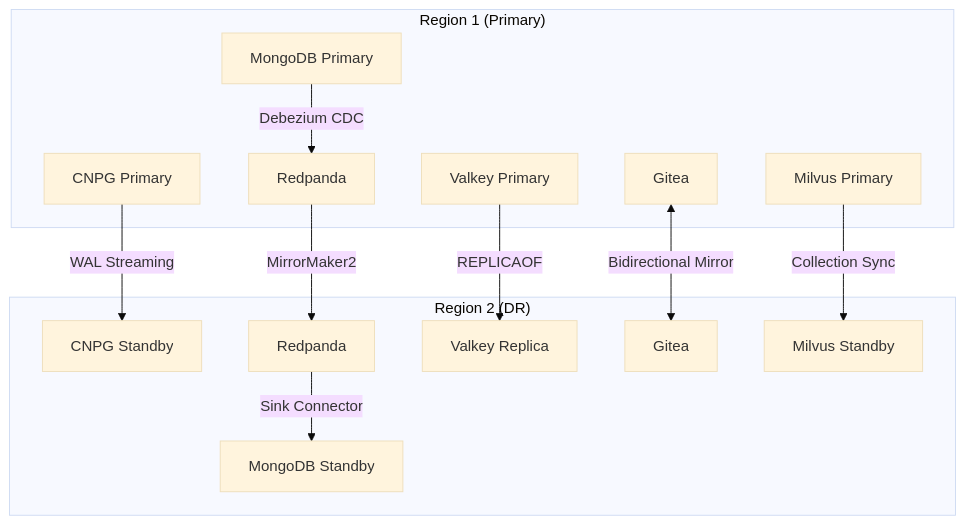
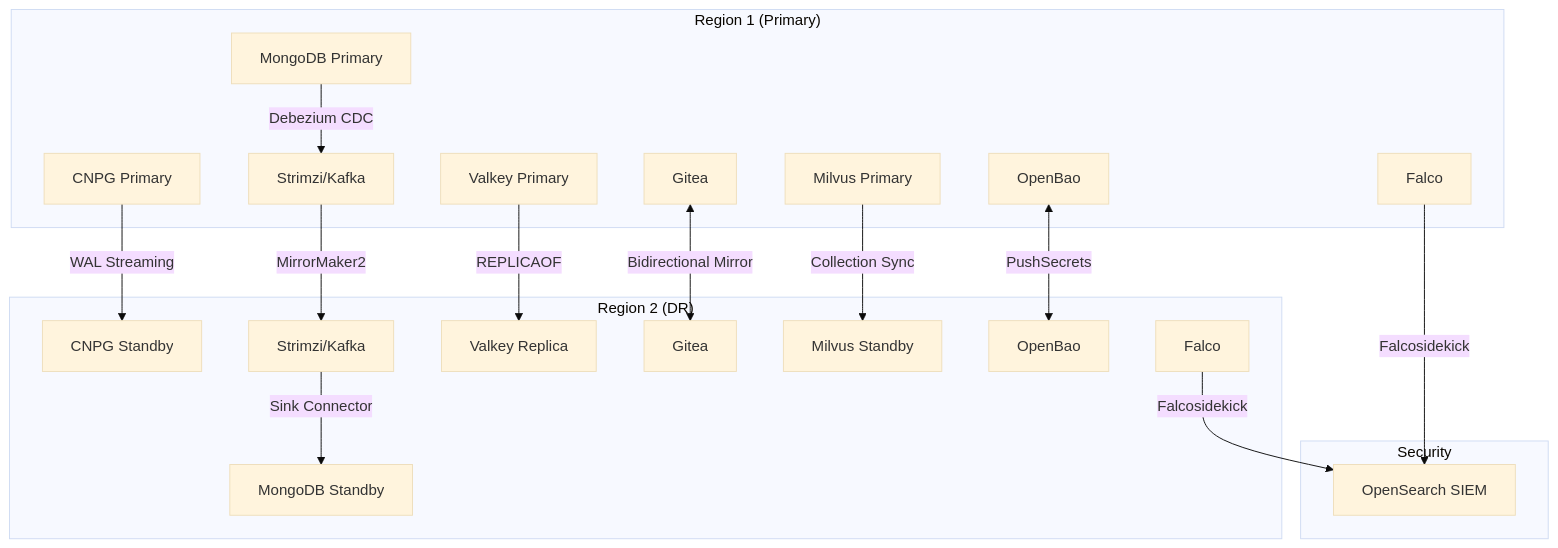
One commit to openova-io/openova changed the fifth of 5 diagrams in docs/PLATFORM-TECH-STACK.md. Above: the diagram before and after it, drawn with Mermaid (base theme). The commit also changed other lines of this file and 35 other files, not shown here.

````diff
--- a/docs/PLATFORM-TECH-STACK.md
+++ b/docs/PLATFORM-TECH-STACK.md
@@ -469,28 +550,39 @@
 ```mermaid
 flowchart TB
     subgraph Region1["Region 1 (Primary)"]
         PG1[CNPG Primary]
         MG1[MongoDB Primary]
-        RP1[Redpanda]
+        SK1[Strimzi/Kafka]
         VK1[Valkey Primary]
         GT1[Gitea]
         MV1[Milvus Primary]
+        Bao1R1[OpenBao]
+        Falco1[Falco]
     end
 
     subgraph Region2["Region 2 (DR)"]
         PG2[CNPG Standby]
         MG2[MongoDB Standby]
-        RP2[Redpanda]
+        SK2[Strimzi/Kafka]
         VK2[Valkey Replica]
         GT2[Gitea]
         MV2[Milvus Standby]
+        Bao2R2[OpenBao]
+        Falco2[Falco]
+    end
+
+    subgraph SIEM["Security"]
+        OS[OpenSearch SIEM]
     end
 
     PG1 -->|"WAL Streaming"| PG2
-    MG1 -->|"Debezium CDC"| RP1
-    RP1 -->|"MirrorMaker2"| RP2
-    RP2 -->|"Sink Connector"| MG2
+    MG1 -->|"Debezium CDC"| SK1
+    SK1 -->|"MirrorMaker2"| SK2
+    SK2 -->|"Sink Connector"| MG2
     VK1 -->|"REPLICAOF"| VK2
     GT1 <-->|"Bidirectional Mirror"| GT2
     MV1 -->|"Collection Sync"| MV2
+    Bao1R1 <-->|"PushSecrets"| Bao2R2
+    Falco1 -->|"Falcosidekick"| OS
+    Falco2 -->|"Falcosidekick"| OS
 ```
````
